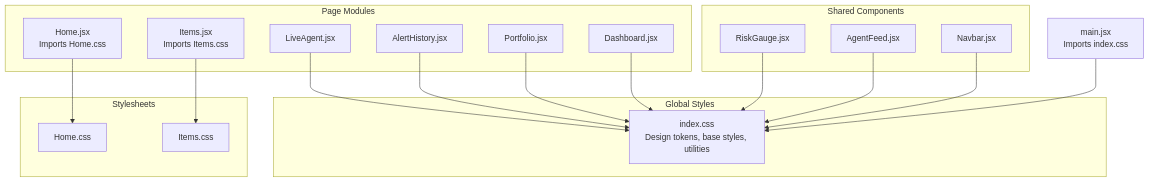
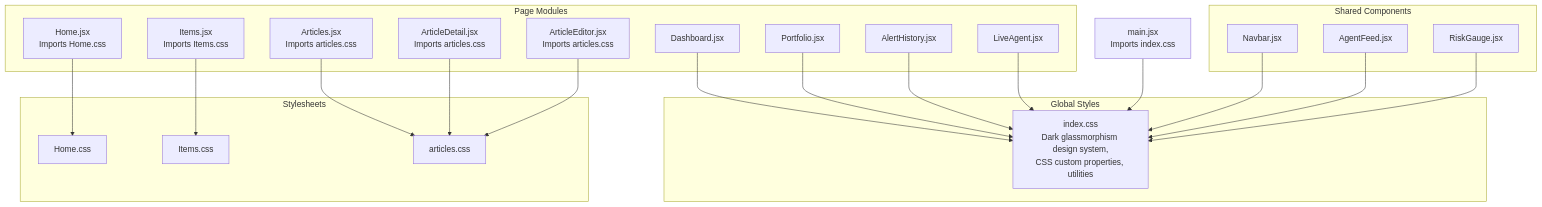
One commit to ishwarambare/ishwarambare-app changed the first of 11 diagrams in .qoder/repowiki/en/content/Frontend Architecture/Styling Architecture.md. Above: the diagram before and after it, drawn with Mermaid. The commit also changed other lines of this file and 10 other files, not shown here.

````diff
--- a/.qoder/repowiki/en/content/Frontend Architecture/Styling Architecture.md
+++ b/.qoder/repowiki/en/content/Frontend Architecture/Styling Architecture.md
@@ -44,34 +58,41 @@
 ```mermaid
 graph TB
 subgraph "Global Styles"
-ICSS["index.css<br/>Design tokens, base styles, utilities"]
+ICSS["index.css<br/>Dark glassmorphism design system,<br/>CSS custom properties, utilities"]
 end
 subgraph "Page Modules"
 HOME["Home.jsx<br/>Imports Home.css"]
 ITEMS["Items.jsx<br/>Imports Items.css"]
+ARTICLES["Articles.jsx<br/>Imports articles.css"]
+DETAIL["ArticleDetail.jsx<br/>Imports articles.css"]
+EDITOR["ArticleEditor.jsx<br/>Imports articles.css"]
 DASH["Dashboard.jsx"]
 PORTF["Portfolio.jsx"]
 ALERT["AlertHistory.jsx"]
 LIVE["LiveAgent.jsx"]
 end
 subgraph "Shared Components"
 NAV["Navbar.jsx"]
 AGF["AgentFeed.jsx"]
 RG["RiskGauge.jsx"]
 end
 subgraph "Stylesheets"
 HCSS["Home.css"]
 ICSS2["Items.css"]
+ACSS["articles.css"]
 end
 MAIN["main.jsx<br/>Imports index.css"]
 MAIN --> ICSS
 HOME --> HCSS
 ITEMS --> ICSS2
+ARTICLES --> ACSS
+DETAIL --> ACSS
+EDITOR --> ACSS
 NAV --> ICSS
 AGF --> ICSS
 RG --> ICSS
 DASH --> ICSS
 PORTF --> ICSS
 ALERT --> ICSS
 LIVE --> ICSS
 ```
````
